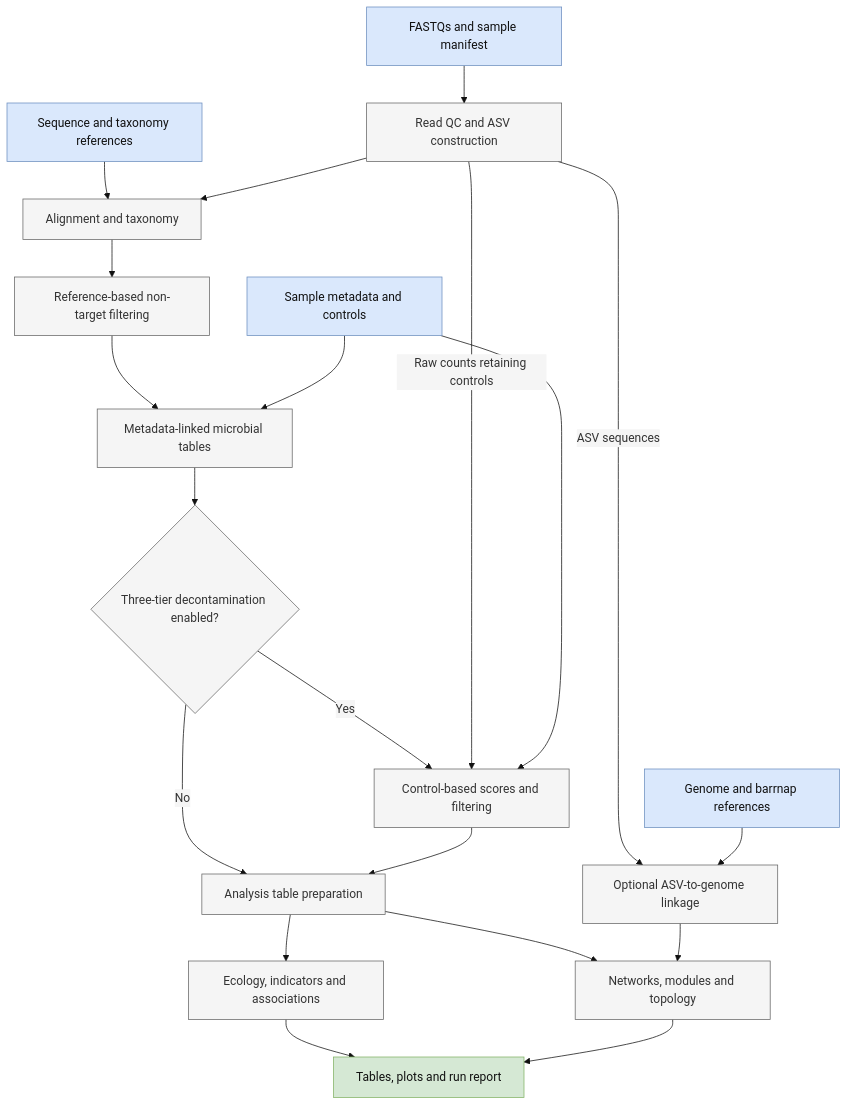
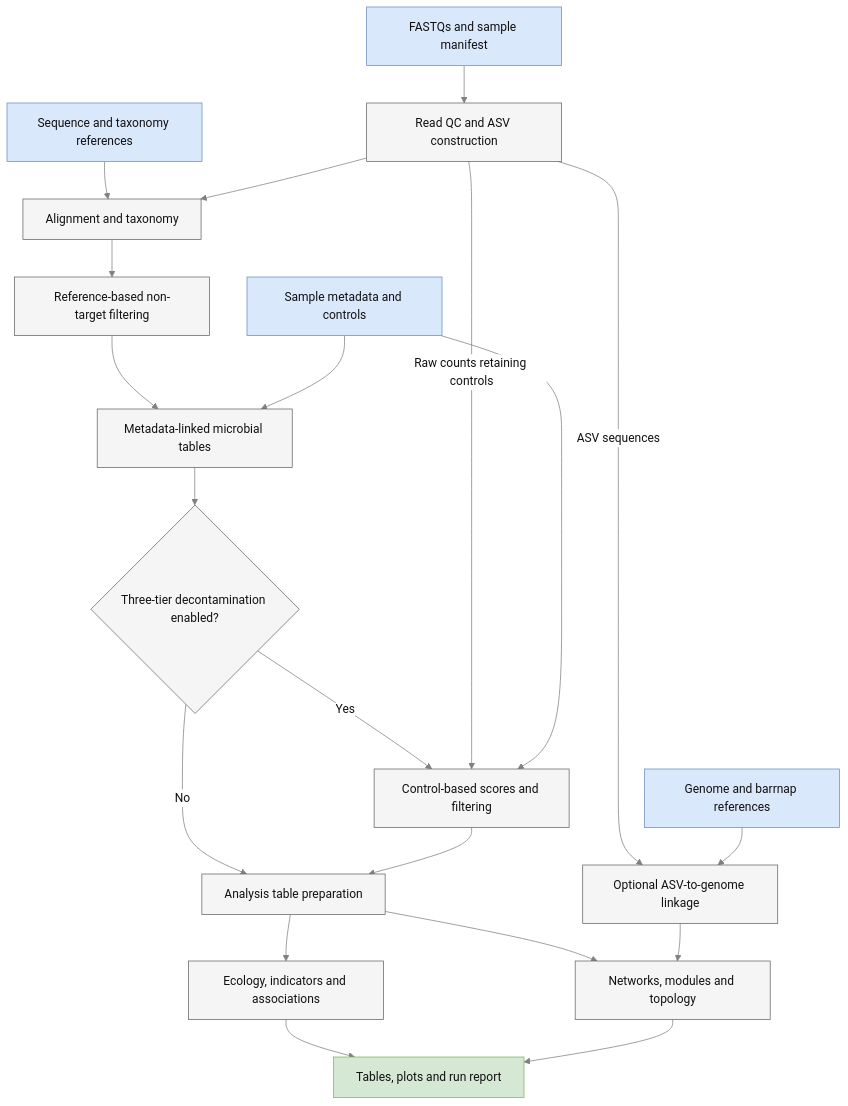
Before and after one commit to hallamlab/ASPIRE: the first of 3 diagrams in docs/workflow.md, drawn with Mermaid. The commit also changed other lines of this file, not shown here.

Commit message:
Make Mermaid connectors visible on light and dark backgrounds

````diff
--- a/docs/workflow.md
+++ b/docs/workflow.md
@@ -14,27 +14,27 @@
 ```mermaid
-%%{init: {"theme":"base","themeVariables":{"fontFamily":"Times New Roman, Times, serif","primaryColor":"#F5F5F5","primaryBorderColor":"#666666","lineColor":"#111111"}}}%%
+%%{init: {"theme":"base","themeVariables":{"fontFamily":"Times New Roman, Times, serif","primaryColor":"#F5F5F5","primaryBorderColor":"#666666","lineColor":"#808080","defaultLinkColor":"#808080","primaryTextColor":"#111111","textColor":"#111111","edgeLabelBackground":"#FFFFFF"}}}%%
 flowchart TD
     I[FASTQs and sample manifest] --> C[Read QC and ASV construction]
     R[Sequence and taxonomy references] --> T[Alignment and taxonomy]
     C --> T
     T --> F[Reference-based non-target filtering]
     F --> M[Metadata-linked microbial tables]
     S[Sample metadata and controls] --> M
     M --> D{Three-tier decontamination enabled?}
     D -->|Yes| DC[Control-based scores and filtering]
     D -->|No| A[Analysis table preparation]
     C -->|Raw counts retaining controls| DC
     S --> DC
     DC --> A
     A --> E[Ecology, indicators and associations]
     A --> N[Networks, modules and topology]
     C -->|ASV sequences| L[Optional ASV-to-genome linkage]
     G[Genome and barrnap references] --> L
     L --> N
     E --> O[Tables, plots and run report]
     N --> O
     classDef input fill:#DAE8FC,stroke:#6C8EBF,color:#111111
     classDef output fill:#D5E8D4,stroke:#82B366,color:#111111
     class I,R,S,G input
     class O output
 ```
````
